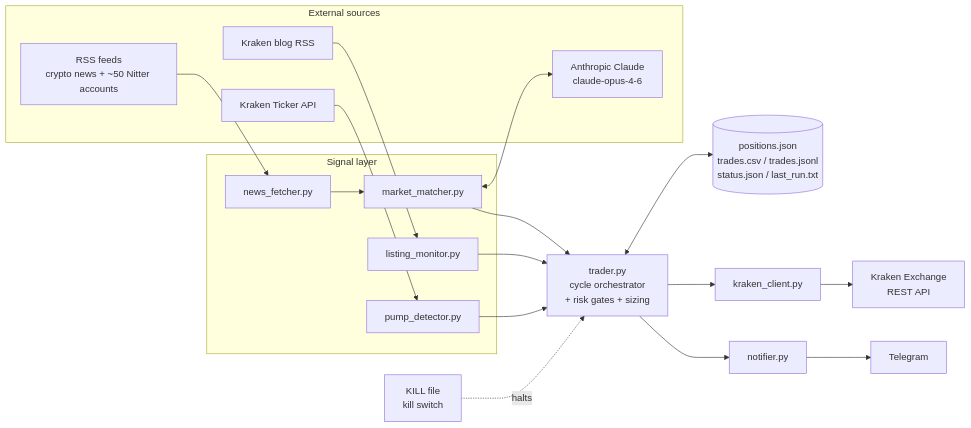
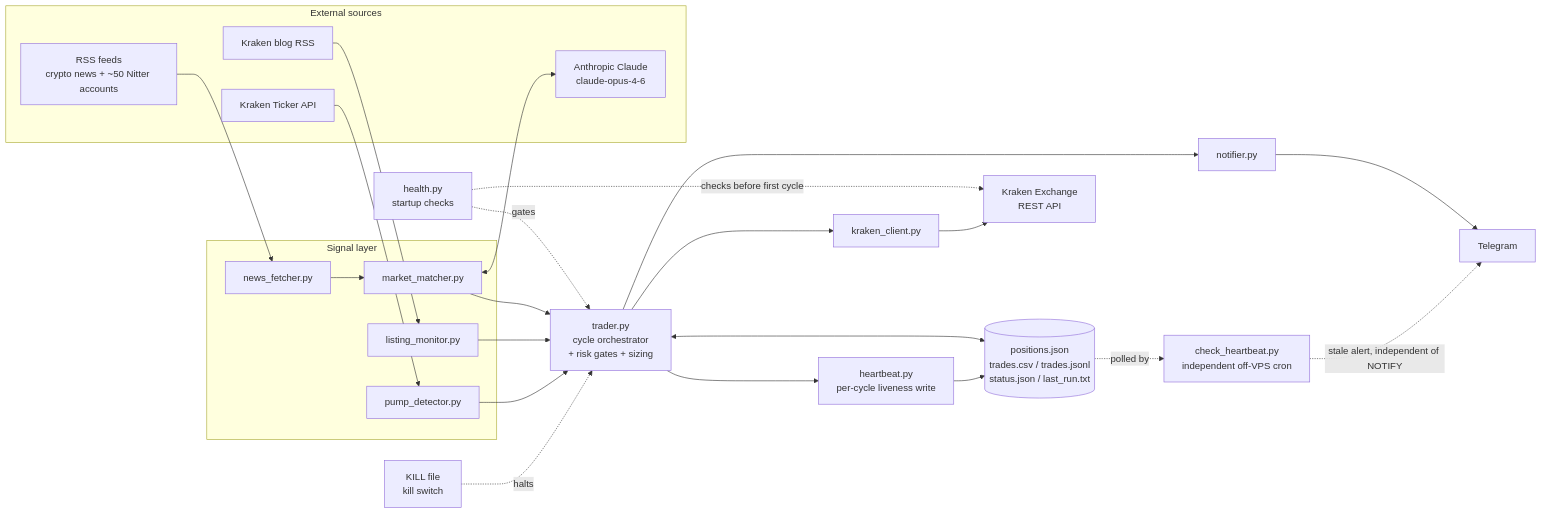
The diagram in README.md (evanoseen/kraken-bot), drawn with Mermaid before and after one commit. The commit also changed other lines of this file and 3 other files, not shown here.

````diff
--- a/README.md
+++ b/README.md
@@ -56,41 +56,52 @@
 ```mermaid
 flowchart LR
     subgraph external["External sources"]
         RSS["RSS feeds<br/>crypto news + ~50 Nitter accounts"]
         BLOG["Kraken blog RSS"]
         TICK["Kraken Ticker API"]
         CLAUDE["Anthropic Claude<br/>claude-opus-4-6"]
     end
 
     subgraph signals["Signal layer"]
         NF["news_fetcher.py"]
         MM["market_matcher.py"]
         LM["listing_monitor.py"]
         PD["pump_detector.py"]
     end
 
+    HEALTH["health.py<br/>startup checks"]
     KILL["KILL file<br/>kill switch"]
     TRADER["trader.py<br/>cycle orchestrator<br/>+ risk gates + sizing"]
+    HB["heartbeat.py<br/>per-cycle liveness write"]
     POS[("positions.json<br/>trades.csv / trades.jsonl<br/>status.json / last_run.txt")]
     KC["kraken_client.py"]
     KEX["Kraken Exchange<br/>REST API"]
     NOTIFY["notifier.py"]
     TG["Telegram"]
+    CHECKHB["check_heartbeat.py<br/>independent off-VPS cron"]
 
     RSS --> NF
     NF --> MM
     MM <--> CLAUDE
     BLOG --> LM
     TICK --> PD
+
+    HEALTH -.checks before first cycle.-> KEX
+    HEALTH -.gates.-> TRADER
 
     MM --> TRADER
     LM --> TRADER
     PD --> TRADER
     KILL -.halts.-> TRADER
 
     TRADER --> KC
     KC --> KEX
     TRADER <--> POS
     TRADER --> NOTIFY
+    TRADER --> HB
+    HB --> POS
     NOTIFY --> TG
+
+    POS -.polled by.-> CHECKHB
+    CHECKHB -.stale alert, independent of NOTIFY.-> TG
 ```
````
